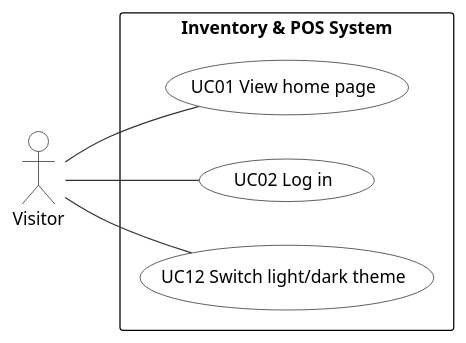
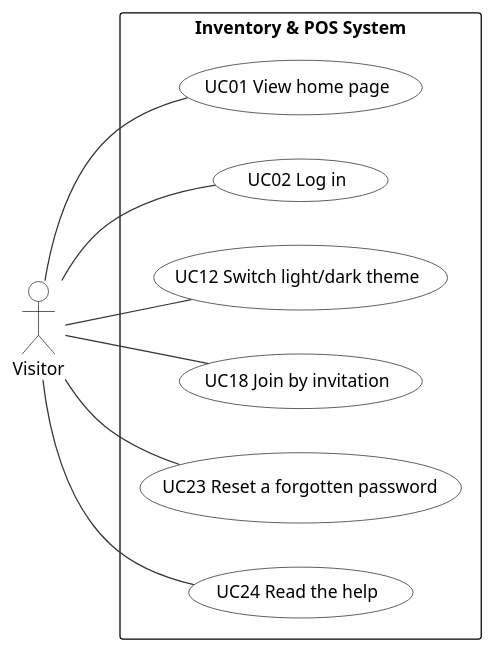
The diagram in diagrams/uml/16_actor_visitor.puml (JmlAsync/inventory-pos-system), drawn with PlantUML before and after one commit. The commit also changed 82 other files, not shown here.

```diff
--- a/diagrams/uml/16_actor_visitor.puml
+++ b/diagrams/uml/16_actor_visitor.puml
@@ -1,52 +1,58 @@
 @startuml
-' Use cases of the Visitor - Inventory & POS System v0.20.4 (report, Lecture 5; redrawn 2026-10-12)
+' Use cases of the Visitor - Inventory & POS System v0.32.0 (report, Lecture 5-7; redrawn 2026-10-27)
 ' Edit: paste into draw.io (Arrange > Insert > Advanced > PlantUML) or planttext.com
 skinparam defaultFontName Arial
 skinparam shadowing false
 skinparam ArrowColor #333333
 skinparam rectangle {
   BackgroundColor White
   BorderColor Black
 }
 skinparam usecase {
   BackgroundColor White
   BorderColor Black
 }
 skinparam class {
   BackgroundColor White
   BorderColor Black
   HeaderBackgroundColor #E6F1EE
 }
 skinparam activity {
   BackgroundColor White
   BorderColor Black
 }
 skinparam state {
   BackgroundColor White
   BorderColor Black
 }
 skinparam sequence {
   ParticipantBackgroundColor White
   ParticipantBorderColor Black
   LifeLineBorderColor #888888
   ActorBorderColor Black
   ActorBackgroundColor White
 }
 skinparam note {
   BackgroundColor #FFFBEA
   BorderColor #C9B458
 }
 skinparam swimlaneWidth same
 hide circle
 
 left to right direction
 actor "Visitor" as A
 rectangle "Inventory & POS System" {
-  usecase "UC01 View home page" as U0
-  usecase "UC02 Log in" as U1
-  usecase "UC12 Switch light/dark theme" as U2
+  usecase "UC01 View home page" as UC01
+  usecase "UC02 Log in" as UC02
+  usecase "UC12 Switch light/dark theme" as UC12
+  usecase "UC18 Join by invitation" as UC18
+  usecase "UC23 Reset a forgotten password" as UC23
+  usecase "UC24 Read the help" as UC24
 }
-A -- U0
-A -- U1
-A -- U2
+A -- UC01
+A -- UC02
+A -- UC12
+A -- UC18
+A -- UC23
+A -- UC24
 @enduml
```
